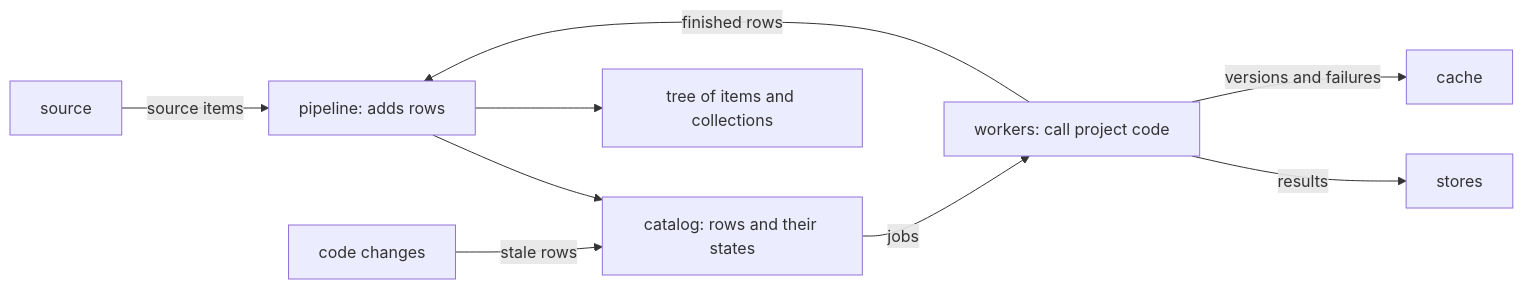
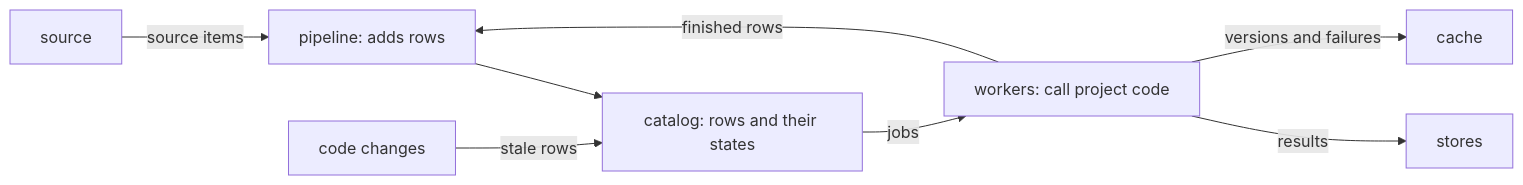
Before and after one commit to digiefel/DataBrowser: the second of 5 diagrams in docs/ARCHITECTURE.md, drawn with Mermaid. The commit also changed other lines of this file and 62 other files, not shown here.

First line of the commit message:
Delete collections, expand and the item tree

````diff
--- a/docs/ARCHITECTURE.md
+++ b/docs/ARCHITECTURE.md
@@ -156,11 +152,10 @@
 ```mermaid
 flowchart LR
     source["source"] -->|source items| pipeline["pipeline: adds rows"]
     pipeline --> catalog["catalog: rows and their states"]
     catalog -->|jobs| workers["workers: call project code"]
     workers -->|results| stores["stores"]
     workers -->|versions and failures| cache["cache"]
     workers -->|finished rows| pipeline
     code["code changes"] -->|stale rows| catalog
-    pipeline --> tree["tree of items and collections"]
 ```
````
